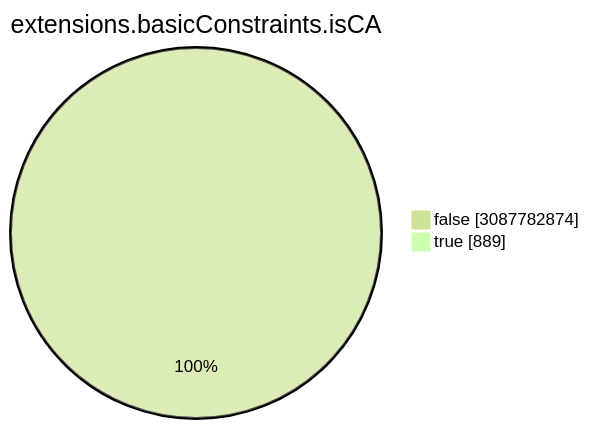
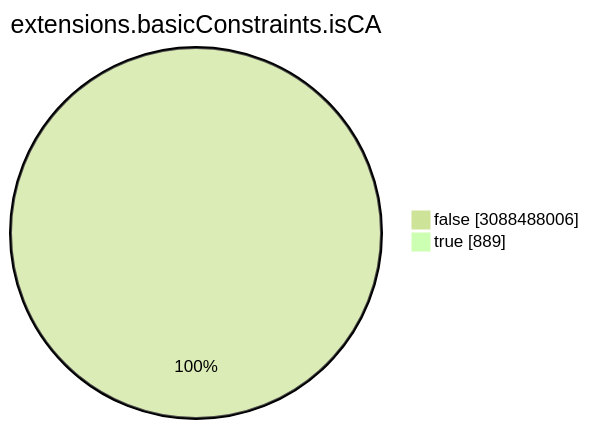
One commit to christiankrug/ctmonitor_visualization changed the seventh of 15 diagrams in TOTAL/README.md. Above: the diagram before and after it, drawn with Mermaid (forest theme). The commit also changed other lines of this file, not shown here.

````diff
--- a/TOTAL/README.md
+++ b/TOTAL/README.md
@@ -3088,6 +3088,6 @@
 ```mermaid
 pie showData
 title extensions.basicConstraints.isCA
-"false" :3087782874
+"false" :3088488006
 "true" :889
 ```
````
